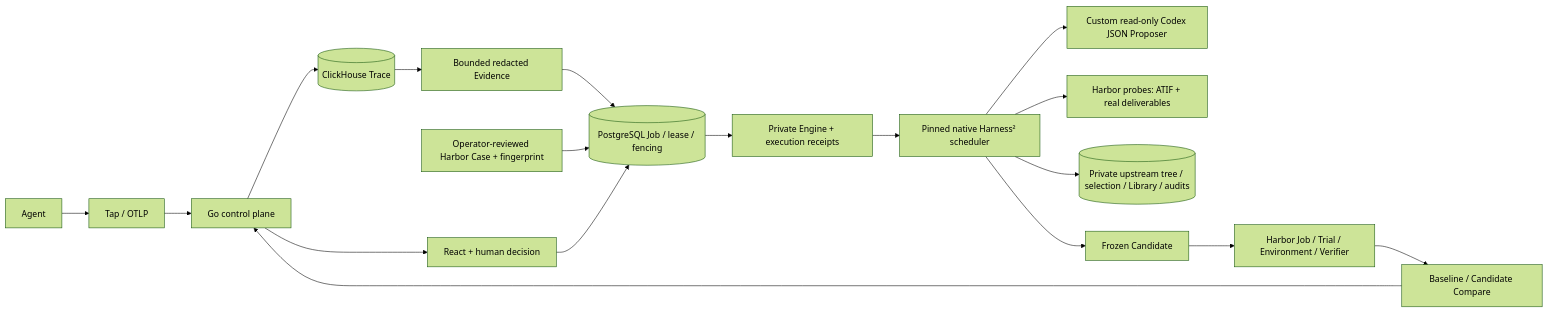
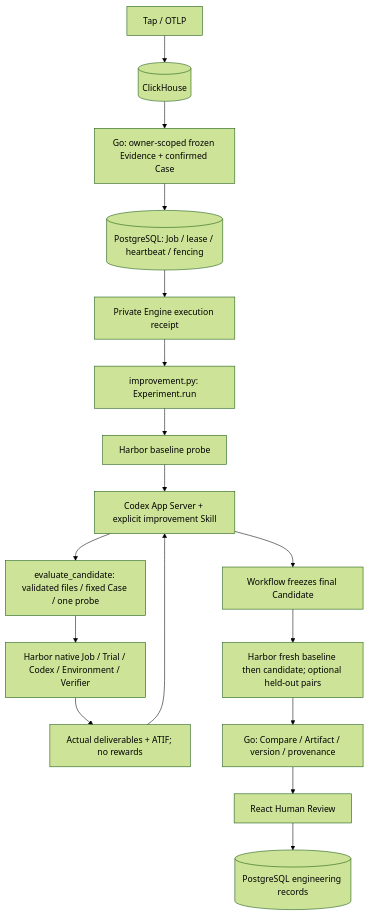
One commit to fightheyyy/CATENA changed the diagram in docs/catena/architecture/README.md. Above: the diagram before and after it, drawn with Mermaid (forest theme). The commit also changed other lines of this file and 64 other files, not shown here.

Commit message:
refactor: unify analysis on Codex skills and controlled Harbor tools

````diff
--- a/docs/catena/architecture/README.md
+++ b/docs/catena/architecture/README.md
@@ -5,20 +6,19 @@
 ```mermaid
-flowchart LR
-    Agent[Agent] --> Tap[Tap / OTLP]
-    Tap --> Go[Go control plane]
-    Go --> CH[(ClickHouse Trace)]
-    CH --> Evidence[Bounded redacted Evidence]
-    Evidence --> Queue[(PostgreSQL Job / lease / fencing)]
-    Case[Operator-reviewed Harbor Case + fingerprint] --> Queue
-    Queue --> Engine[Private Engine + execution receipts]
-    Engine --> H2[Pinned native Harness² scheduler]
-    H2 --> Proposer[Custom read-only Codex JSON Proposer]
-    H2 --> Probe[Harbor probes: ATIF + real deliverables]
-    H2 --> Audit[(Private upstream tree / selection / Library / audits)]
-    H2 --> Candidate[Frozen Candidate]
-    Candidate --> Harbor[Harbor Job / Trial / Environment / Verifier]
-    Harbor --> Compare[Baseline / Candidate Compare]
-    Compare --> Go
-    Go --> Review[React + human decision]
-    Review --> Queue
+flowchart TD
+    Trace[Tap / OTLP] --> CH[(ClickHouse)]
+    CH --> Go[Go: owner-scoped frozen Evidence + confirmed Case]
+    Go --> Queue[(PostgreSQL: Job / lease / heartbeat / fencing)]
+    Queue --> Receipt[Private Engine execution receipt]
+    Receipt --> Workflow[improvement.py: Experiment.run]
+    Workflow --> Base[Harbor baseline probe]
+    Base --> Agent[Codex App Server + explicit improvement Skill]
+    Agent --> Tool[evaluate_candidate: validated files / fixed Case / one probe]
+    Tool --> Probe[Harbor native Job / Trial / Codex / Environment / Verifier]
+    Probe --> Observation[Actual deliverables + ATIF; no rewards]
+    Observation --> Agent
+    Agent --> Freeze[Workflow freezes final Candidate]
+    Freeze --> Pair[Harbor fresh baseline then candidate; optional held-out pairs]
+    Pair --> Persist[Go: Compare / Artifact / version / provenance]
+    Persist --> Review[React Human Review]
+    Review --> Records[(PostgreSQL engineering records)]
 ```
````
